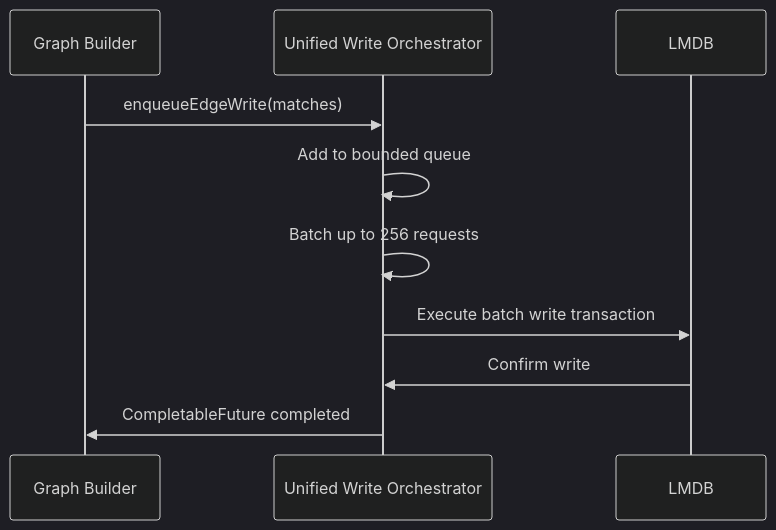
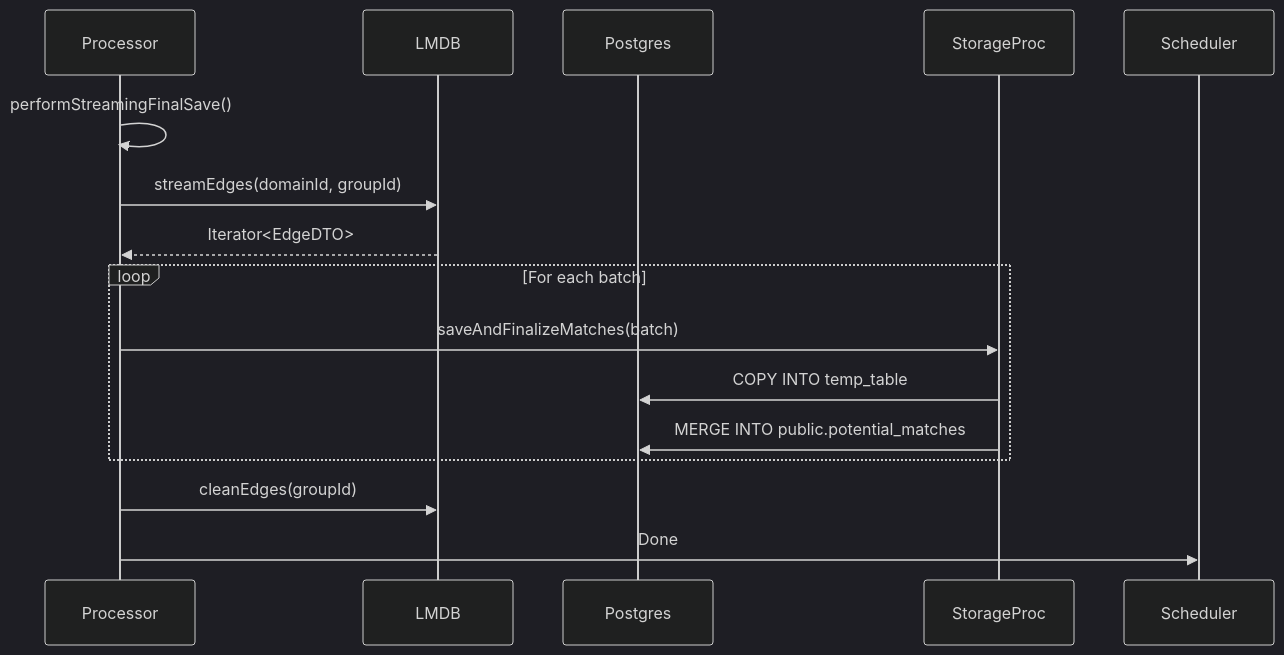
Before and after one commit to kagit00/schedule_x: the third of 4 diagrams in docs/Low Level Designs/ScheduledPotentialMatchesCreation.md, drawn with Mermaid (dark theme). The commit also changed other lines of this file, not shown here.

````diff
--- a/docs/Low Level Designs/ScheduledPotentialMatchesCreation.md
+++ b/docs/Low Level Designs/ScheduledPotentialMatchesCreation.md
@@ -225,13 +361,18 @@
 ```mermaid
 sequenceDiagram
-    participant GraphBuilder as Graph Builder
-    participant Orchestrator as Unified Write Orchestrator
-    participant LMDB as LMDB
+    participant Processor
+    participant LMDB
+    participant Postgres
+    participant StorageProc
 
-    GraphBuilder->>Orchestrator: enqueueEdgeWrite(matches)
-    Orchestrator->>Orchestrator: Add to bounded queue
-    Orchestrator->>Orchestrator: Batch up to 256 requests
-    Orchestrator->>LMDB: Execute batch write transaction
-    LMDB->>Orchestrator: Confirm write
-    Orchestrator->>GraphBuilder: CompletableFuture completed
+    Processor->>Processor: performStreamingFinalSave()
+    Processor->>LMDB: streamEdges(domainId, groupId)
+    LMDB-->>Processor: Iterator<EdgeDTO>
+    loop For each batch
+        Processor->>StorageProc: saveAndFinalizeMatches(batch)
+        StorageProc->>Postgres: COPY INTO temp_table
+        StorageProc->>Postgres: MERGE INTO public.potential_matches
+    end
+    Processor->>LMDB: cleanEdges(groupId)
+    Processor->>Scheduler: Done
 ```
````
